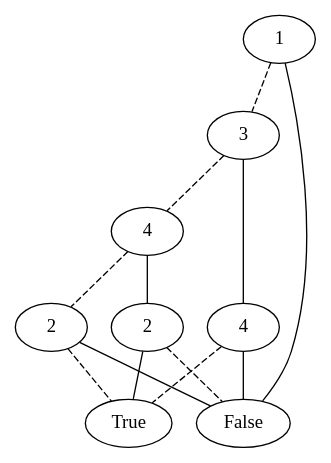
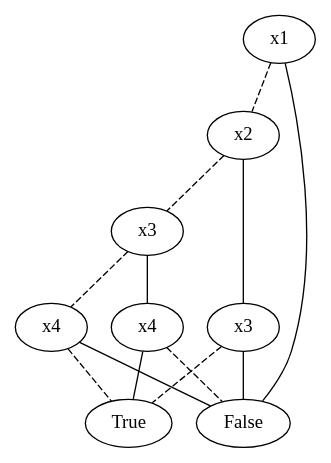
The diagram in graph_image/compressed_bdd_tree_2.gv (khiem2105/ROBDD), drawn with Graphviz before and after one commit. The commit also changed 32 other files, not shown here.

```diff
--- a/graph_image/compressed_bdd_tree_2.gv
+++ b/graph_image/compressed_bdd_tree_2.gv
@@ -1,22 +1,22 @@
 graph compressed_bdd_tree_2 {
-	140569800690656 [label=1]
-	140569656757312 [label=3]
-	140569800690656 -- 140569656757312 [style=dashed]
-	140569656756928 [label=4]
-	140569656757312 -- 140569656756928 [style=dashed]
-	140569656757792 [label=2]
-	140569656756928 -- 140569656757792 [style=dashed]
-	140569656755488 [label=True]
-	140569656757792 -- 140569656755488 [style=dashed]
-	140569656755680 [label=False]
-	140569656757792 -- 140569656755680
-	140569656757600 [label=2]
-	140569656756928 -- 140569656757600
-	140569656757600 -- 140569656755680 [style=dashed]
-	140569656757600 -- 140569656755488
-	140569656756880 [label=4]
-	140569656757312 -- 140569656756880
-	140569656756880 -- 140569656755488 [style=dashed]
-	140569656756880 -- 140569656755680
-	140569800690656 -- 140569656755680
+	140331402093760 [label=x1]
+	140331402094960 [label=x2]
+	140331402093760 -- 140331402094960 [style=dashed]
+	140331402095920 [label=x3]
+	140331402094960 -- 140331402095920 [style=dashed]
+	140331402095728 [label=x4]
+	140331402095920 -- 140331402095728 [style=dashed]
+	140331402095632 [label=True]
+	140331402095728 -- 140331402095632 [style=dashed]
+	140331402096112 [label=False]
+	140331402095728 -- 140331402096112
+	140331402095776 [label=x4]
+	140331402095920 -- 140331402095776
+	140331402095776 -- 140331402096112 [style=dashed]
+	140331402095776 -- 140331402095632
+	140331402094432 [label=x3]
+	140331402094960 -- 140331402094432
+	140331402094432 -- 140331402095632 [style=dashed]
+	140331402094432 -- 140331402096112
+	140331402093760 -- 140331402096112
 }
```
